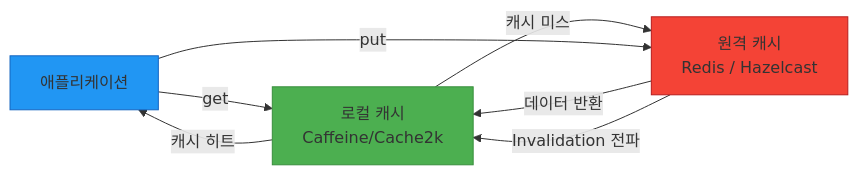
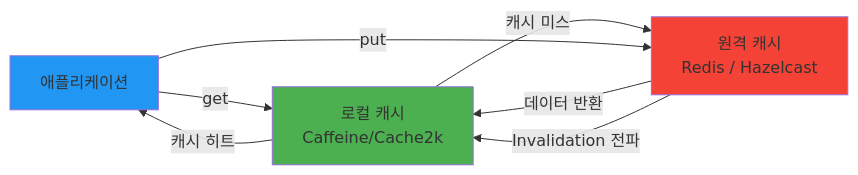
One commit to bluetape4k/bluetape4k-projects changed the third of 3 diagrams in infra/cache/README.md. Above: the diagram before and after it, drawn with Mermaid. The commit also changed other lines of this file and 94 other files, not shown here.

First line of the commit message:
docs: Mermaid classDef에서 stroke:#색상 제거 (파서 오류 수정)

````diff
--- a/infra/cache/README.md
+++ b/infra/cache/README.md
@@ -191,13 +191,13 @@
 ```mermaid
 flowchart LR
     App[애플리케이션] -->|get| LocalCache[로컬 캐시<br/>Caffeine/Cache2k]
     LocalCache -->|캐시 히트| App
     LocalCache -->|캐시 미스| RemoteCache[원격 캐시<br/>Redis / Hazelcast]
     RemoteCache -->|데이터 반환| LocalCache
     App -->|put| RemoteCache
     RemoteCache -->|Invalidation 전파| LocalCache
 
-    style LocalCache fill:#4CAF50,stroke:#388E3C
-    style RemoteCache fill:#F44336,stroke:#B71C1C
-    style App fill:#2196F3,stroke:#1565C0
+    style LocalCache fill:#4CAF50
+    style RemoteCache fill:#F44336
+    style App fill:#2196F3
 ```
````
